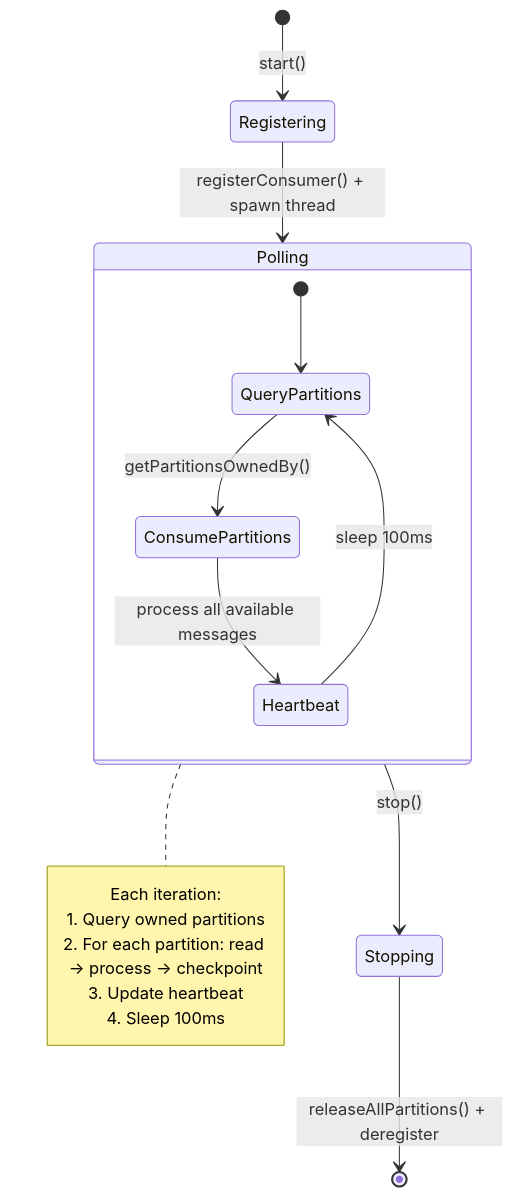
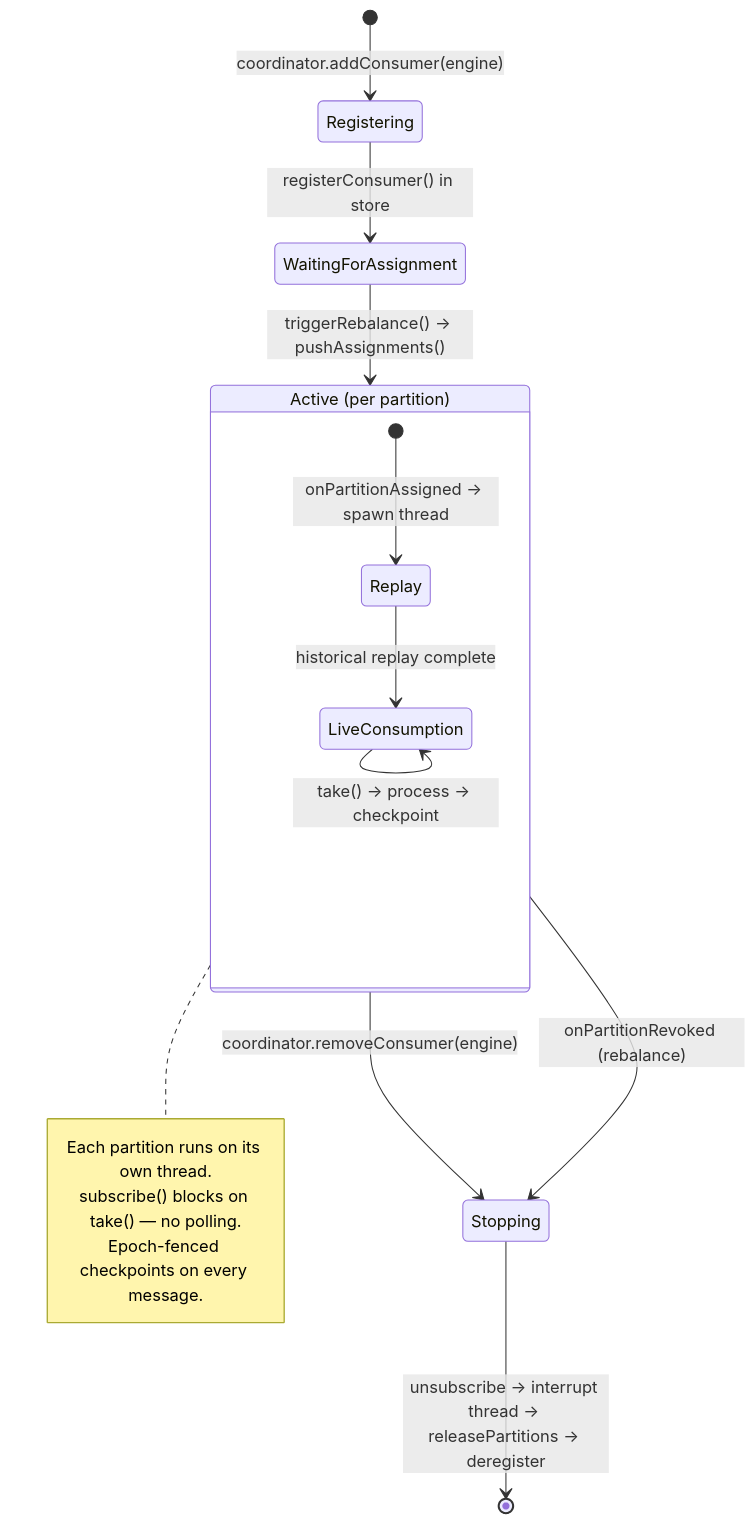
The seventh of 11 diagrams in README.md (Prashant2603/pxrs), drawn with Mermaid before and after one commit. The commit also changed other lines of this file and 23 other files, not shown here.

````diff
--- a/README.md
+++ b/README.md
@@ -254,23 +283,23 @@
 ```mermaid
 stateDiagram-v2
-    [*] --> Registering: start()
-    Registering --> Polling: registerConsumer() + spawn thread
+    [*] --> Registering: coordinator.addConsumer(engine)
+    Registering --> WaitingForAssignment: registerConsumer() in store
 
-    state Polling {
-        [*] --> QueryPartitions
-        QueryPartitions --> ConsumePartitions: getPartitionsOwnedBy()
-        ConsumePartitions --> Heartbeat: process all available messages
-        Heartbeat --> QueryPartitions: sleep 100ms
+    state "Active (per partition)" as Active {
+        [*] --> Replay: onPartitionAssigned → spawn thread
+        Replay --> LiveConsumption: historical replay complete
+        LiveConsumption --> LiveConsumption: take() → process → checkpoint
     }
 
-    Polling --> Stopping: stop()
-    Stopping --> [*]: releaseAllPartitions() + deregister
+    WaitingForAssignment --> Active: triggerRebalance() → pushAssignments()
 
-    note right of Polling
-        Each iteration:
-        1. Query owned partitions
-        2. For each partition: read → process → checkpoint
-        3. Update heartbeat
-        4. Sleep 100ms
+    Active --> Stopping: coordinator.removeConsumer(engine)
+    Active --> Stopping: onPartitionRevoked (rebalance)
+    Stopping --> [*]: unsubscribe → interrupt thread → releasePartitions → deregister
+
+    note right of Active
+        Each partition runs on its own thread.
+        subscribe() blocks on take() — no polling.
+        Epoch-fenced checkpoints on every message.
     end note
 ```
````
